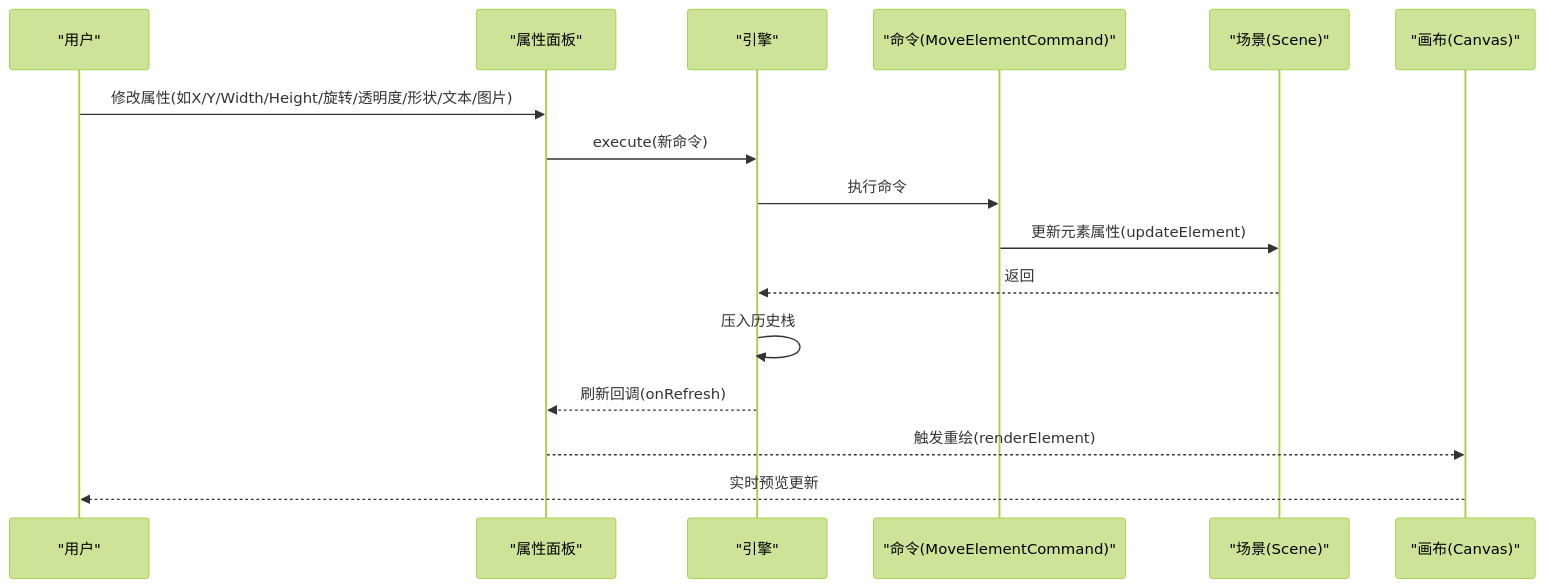
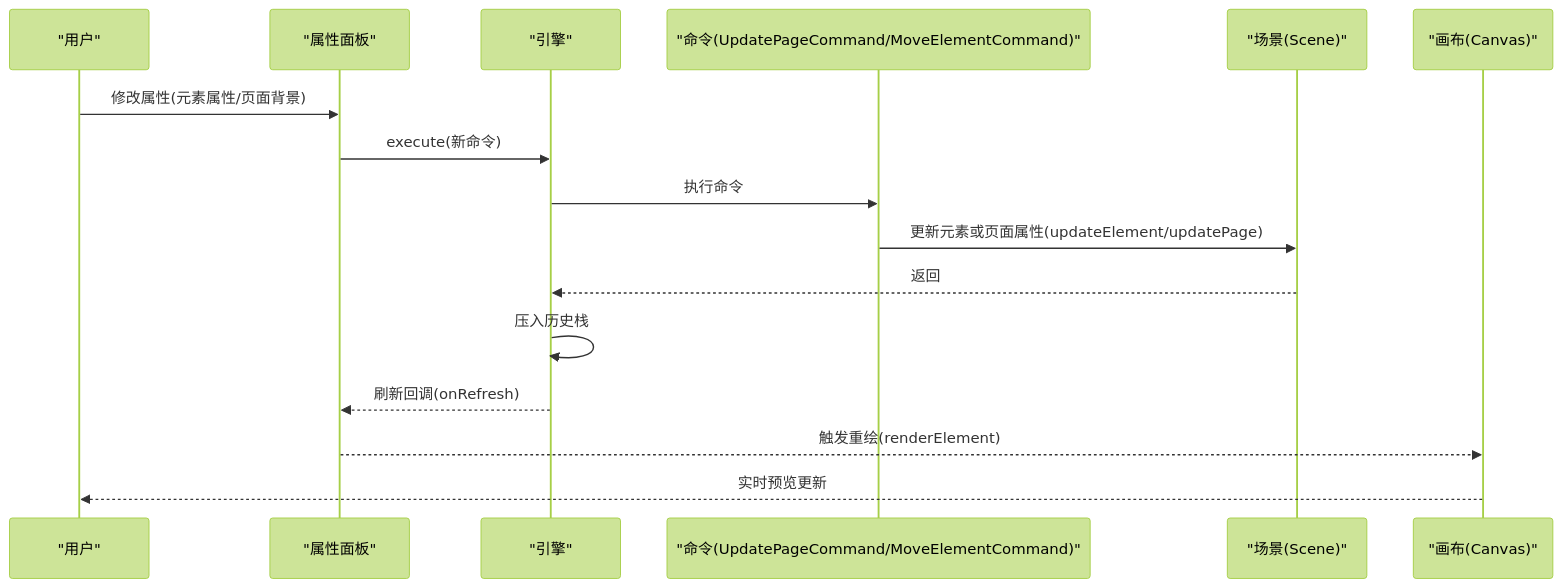
One commit to Anna0314zy/ai_editor_enginer changed the second of 4 diagrams in .qoder/repowiki/zh/content/UI组件系统/属性面板 (PropertyPanel).md. Above: the diagram before and after it, drawn with Mermaid (forest theme). The commit also changed other lines of this file and 12 other files, not shown here.

Commit message:
Feat: 增加图形

````diff
--- a/.qoder/repowiki/zh/content/UI组件系统/属性面板 (PropertyPanel).md
+++ b/.qoder/repowiki/zh/content/UI组件系统/属性面板 (PropertyPanel).md
@@ -111,18 +125,18 @@
 ```mermaid
 sequenceDiagram
 participant U as "用户"
 participant PP as "属性面板"
 participant ENG as "引擎"
-participant CMD as "命令(MoveElementCommand)"
+participant CMD as "命令(UpdatePageCommand/MoveElementCommand)"
 participant SCN as "场景(Scene)"
 participant CAN as "画布(Canvas)"
-U->>PP : 修改属性(如X/Y/Width/Height/旋转/透明度/形状/文本/图片)
+U->>PP : 修改属性(元素属性/页面背景)
 PP->>ENG : execute(新命令)
 ENG->>CMD : 执行命令
-CMD->>SCN : 更新元素属性(updateElement)
+CMD->>SCN : 更新元素或页面属性(updateElement/updatePage)
 SCN-->>ENG : 返回
 ENG->>ENG : 压入历史栈
 ENG-->>PP : 刷新回调(onRefresh)
 PP-->>CAN : 触发重绘(renderElement)
 CAN-->>U : 实时预览更新
 ```
````
